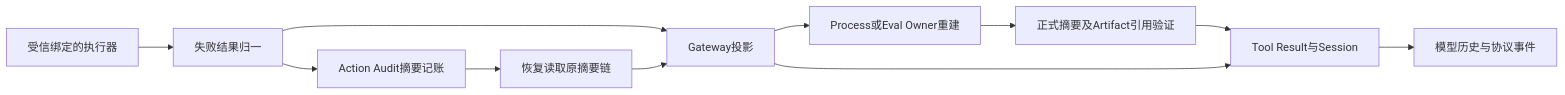
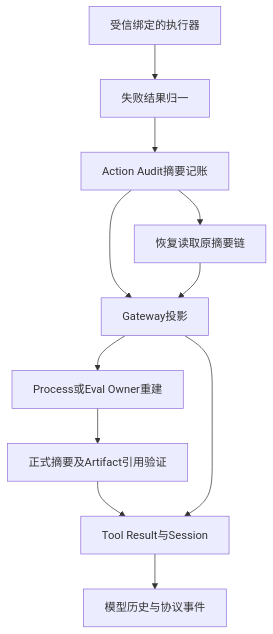
The first of 3 diagrams in docs/changes/m09-4a-returned-failure-boundary.md (carrie1988/Harnessix), drawn with Mermaid before and after one commit. The commit also changed other lines of this file and 15 other files, not shown here.

````diff
--- a/docs/changes/m09-4a-returned-failure-boundary.md
+++ b/docs/changes/m09-4a-returned-failure-boundary.md
@@ -82,13 +82,13 @@
 ```mermaid
-flowchart LR
+flowchart TD
   E[受信绑定的执行器] --> N[失败结果归一]
   N --> A[Action Audit摘要记账]
-  N --> G[Gateway投影]
+  A --> G[Gateway投影]
   A --> R[恢复读取原摘要链]
   R --> G
   G --> P[Process或Eval Owner重建]
   P --> V[正式摘要及Artifact引用验证]
   V --> T[Tool Result与Session]
   G --> T
   T --> M[模型历史与协议事件]
 ```
````
